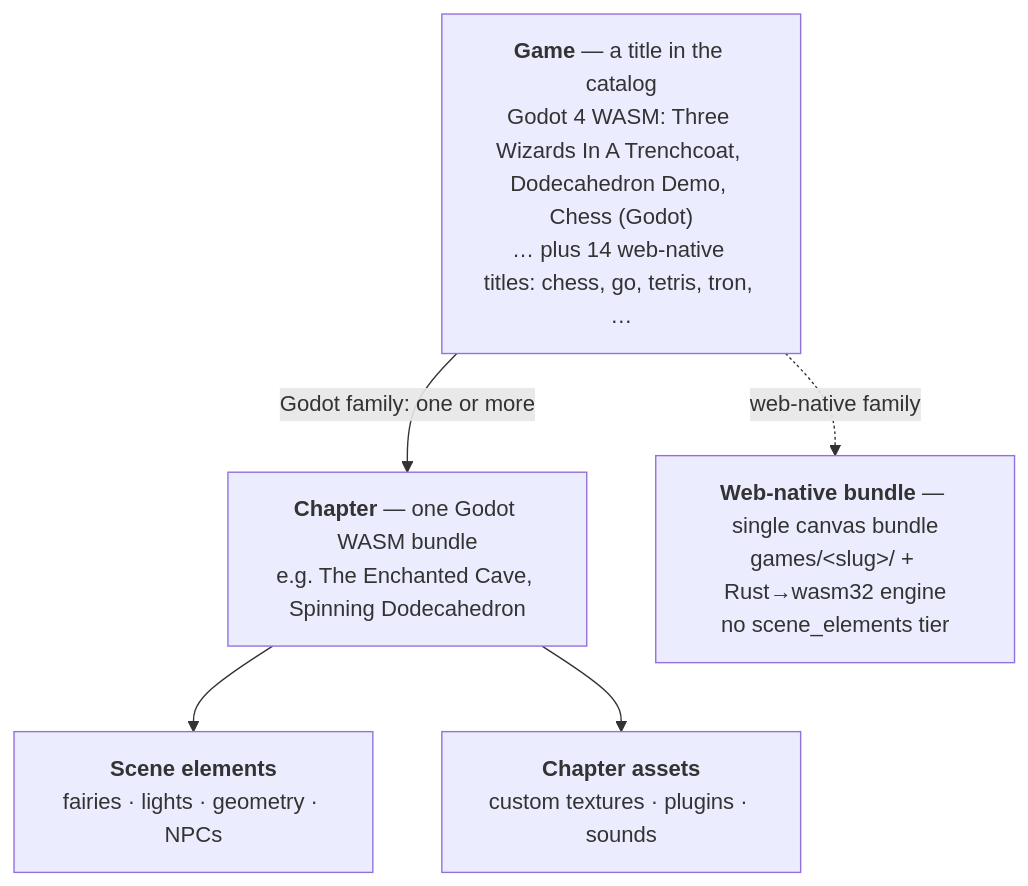
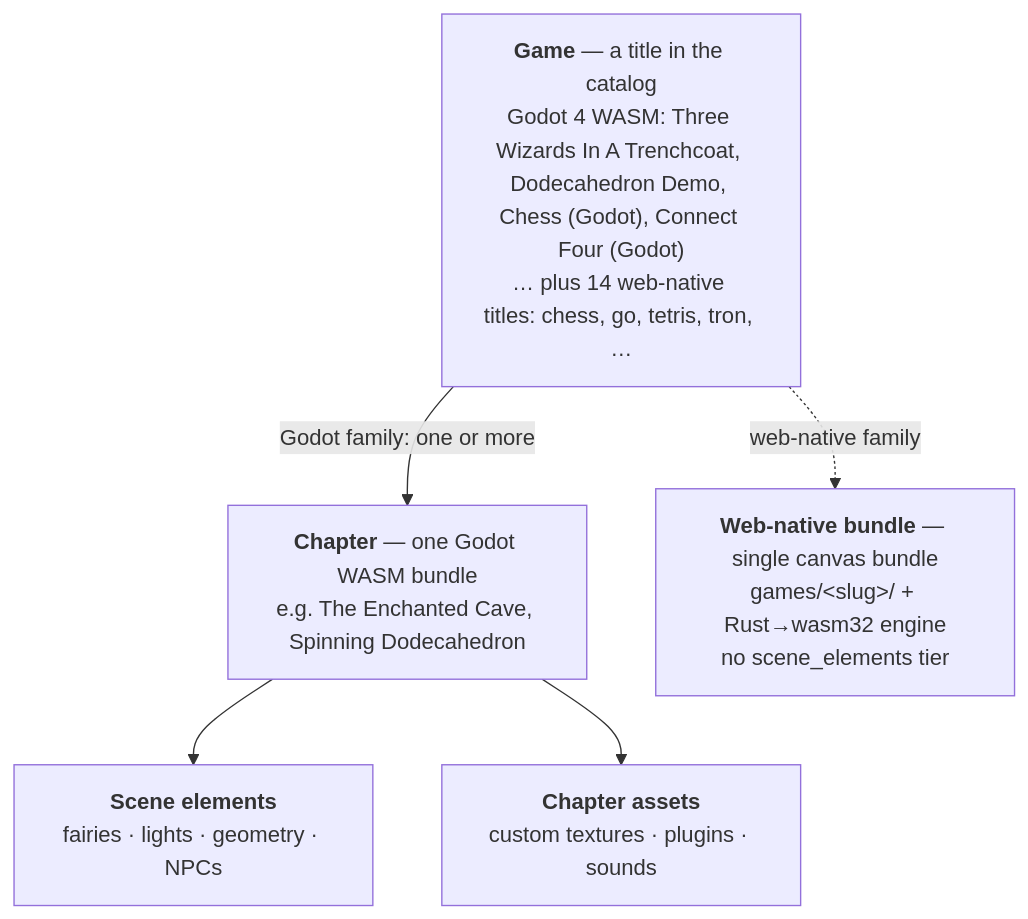
One commit to hugmesh/hugmesh-games changed the second of 48 diagrams in README.md. Above: the diagram before and after it, drawn with Mermaid. The commit also changed other lines of this file and 18 other files, not shown here.

First line of the commit message:
docs+fixes: comprehensive refresh (README/status/diagrams/TODOs) + dead code cleanup + issue fixes (#121)

````diff
--- a/README.md
+++ b/README.md
@@ -194,12 +213,12 @@
 ```mermaid
 flowchart TB
-    Game["<b>Game</b> — a title in the catalog<br/>Godot 4 WASM: Three Wizards In A Trenchcoat, Dodecahedron Demo, Chess (Godot)<br/>… plus 14 web-native titles: chess, go, tetris, tron, …"]
+    Game["<b>Game</b> — a title in the catalog<br/>Godot 4 WASM: Three Wizards In A Trenchcoat, Dodecahedron Demo, Chess (Godot), Connect Four (Godot)<br/>… plus 14 web-native titles: chess, go, tetris, tron, …"]
     Chapter["<b>Chapter</b> — one Godot WASM bundle<br/>e.g. The Enchanted Cave, Spinning Dodecahedron"]
     Scene["<b>Scene elements</b><br/>fairies · lights · geometry · NPCs"]
     Assets["<b>Chapter assets</b><br/>custom textures · plugins · sounds"]
     WebNative["<b>Web-native bundle</b> — single canvas bundle<br/>games/&lt;slug&gt;/ + Rust→wasm32 engine<br/>no scene_elements tier"]
     Game -->|"Godot family: one or more"| Chapter
     Chapter --> Scene
     Chapter --> Assets
     Game -.->|"web-native family"| WebNative
 ```
````
